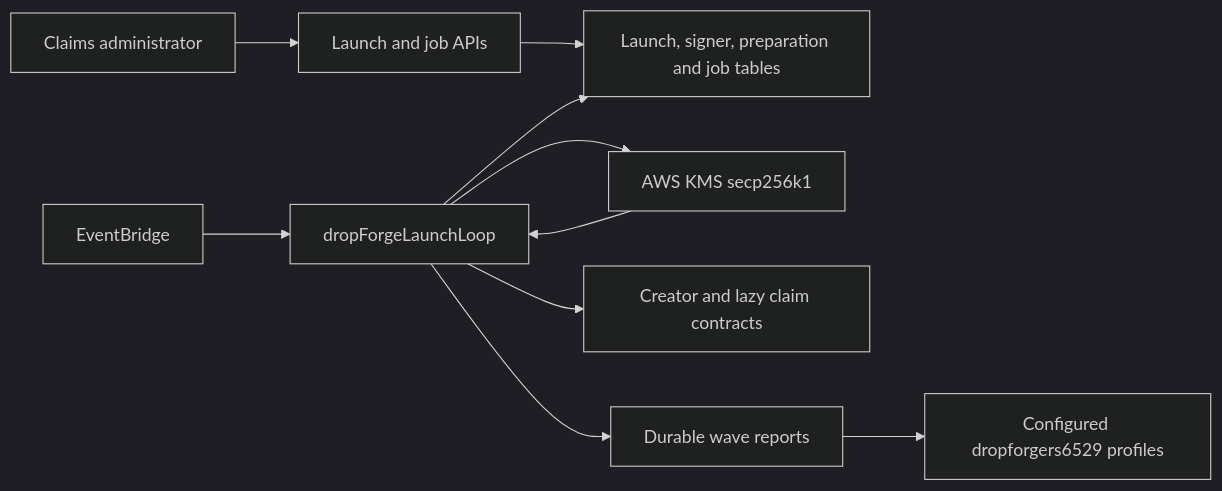
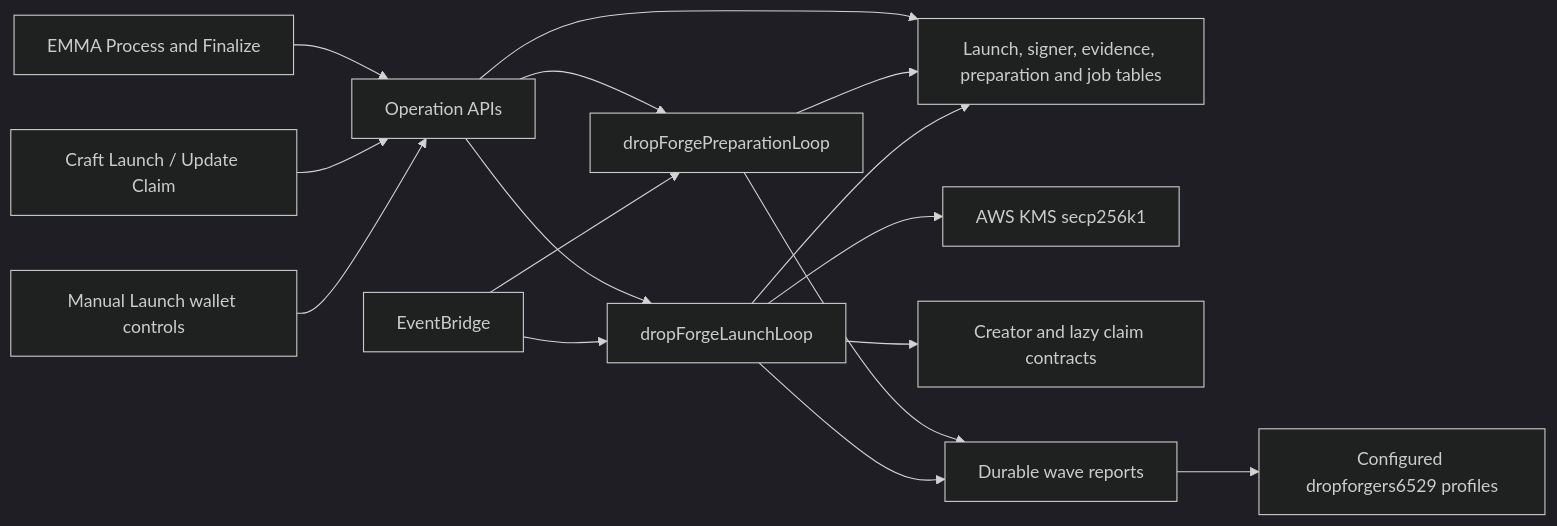
The fourth of 4 diagrams in docs/architecture.md (6529-Collections/6529seize-backend), drawn with Mermaid (dark theme) before and after one commit. The commit also changed other lines of this file and 48 other files, not shown here.

Commit message:
Implement durable EMMA processing and coordinated Drop Forge launch operations

````diff
--- a/docs/architecture.md
+++ b/docs/architecture.md
@@ -1795,12 +1797,18 @@
 ```mermaid
 flowchart LR
-  Admin[Claims administrator] --> API[Launch and job APIs]
-  API --> DB[Launch, signer, preparation and job tables]
-  EventBridge --> Worker[dropForgeLaunchLoop]
+  EMMA[EMMA Process and Finalize] --> API[Operation APIs]
+  Craft[Craft Launch / Update Claim] --> API
+  Manual[Manual Launch wallet controls] --> API
+  API --> DB[Launch, signer, evidence, preparation and job tables]
+  API --> Prep[dropForgePreparationLoop]
+  API --> Worker[dropForgeLaunchLoop]
+  EventBridge --> Prep
+  EventBridge --> Worker
+  Prep --> DB
   Worker --> DB
   Worker --> KMS[AWS KMS secp256k1]
-  KMS --> Worker
   Worker --> Chain[Creator and lazy claim contracts]
-  Worker --> Wave[Durable wave reports]
+  Prep --> Wave[Durable wave reports]
+  Worker --> Wave
   Wave --> Alerts[Configured dropforgers6529 profiles]
 ```
````
